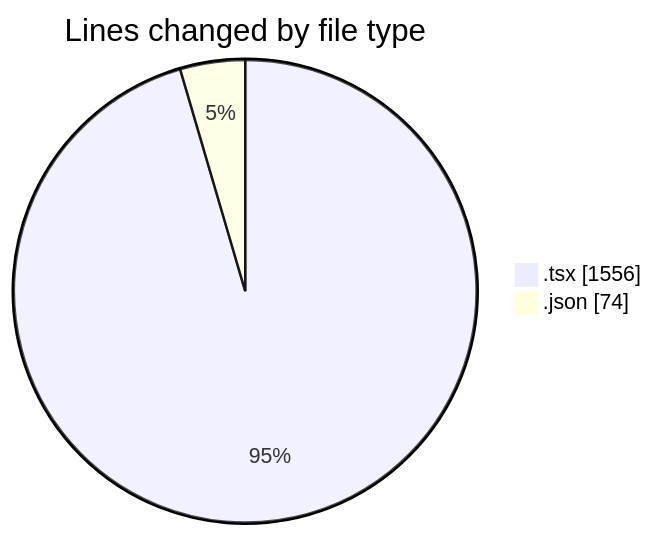
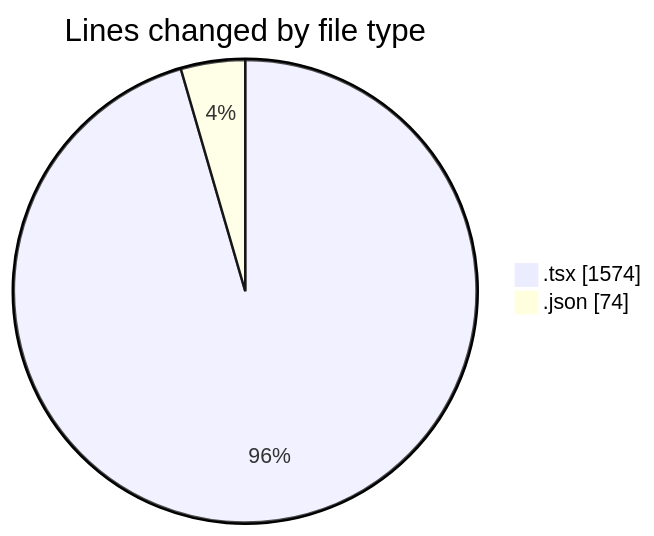
The first of 2 diagrams in 2025-04-08/cda/README.md (momahboobian/code-tracking), drawn with Mermaid before and after one commit. The commit also changed other lines of this file and 1 other file, not shown here.

````diff
--- a/2025-04-08/cda/README.md
+++ b/2025-04-08/cda/README.md
@@ -22,6 +22,6 @@
 ```mermaid
 pie showData
 title Lines changed by file type
-".tsx" : 1556
+".tsx" : 1574
 ".json" : 74
 ```
````
